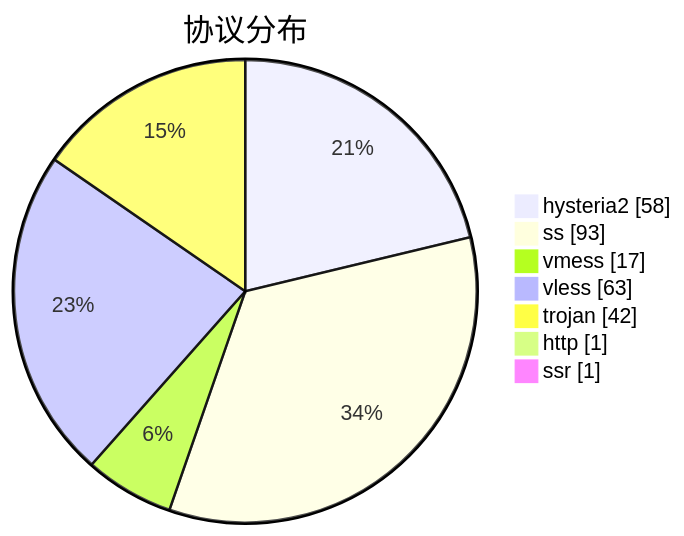
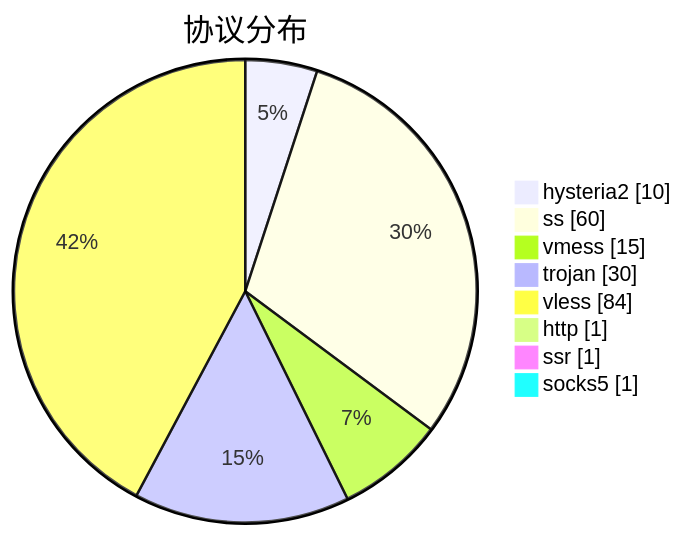
The third of 3 diagrams in subs/statistics/tested_within.md (sinspired/airport), drawn with Mermaid before and after one commit. The commit also changed other lines of this file and 2 other files, not shown here.

````diff
--- a/subs/statistics/tested_within.md
+++ b/subs/statistics/tested_within.md
@@ -39,11 +39,12 @@
 ```mermaid
 pie showData
 title 协议分布
-"hysteria2" : 58
-"ss" : 93
-"vmess" : 17
-"vless" : 63
-"trojan" : 42
+"hysteria2" : 10
+"ss" : 60
+"vmess" : 15
+"trojan" : 30
+"vless" : 84
 "http" : 1
 "ssr" : 1
+"socks5" : 1
 ```
````
